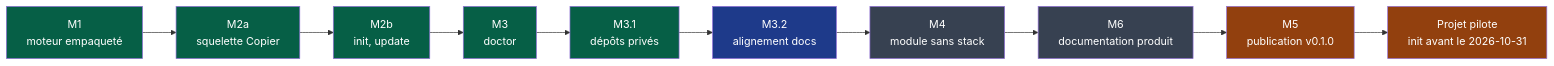
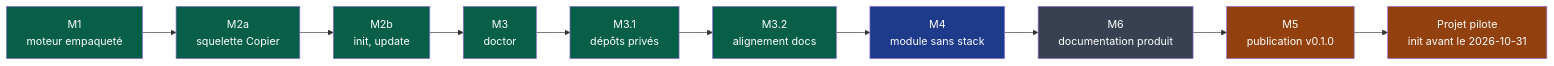
The diagram in docs/governance/plans/2026-09-15-moteur-v0.1.0.md (NapkinStack/engineering-os), drawn with Mermaid before and after one commit. The commit also changed other lines of this file and 20 other files, not shown here.

First line of the commit message:
M4 — Module sans stack imposée (#19)

````diff
--- a/docs/governance/plans/2026-09-15-moteur-v0.1.0.md
+++ b/docs/governance/plans/2026-09-15-moteur-v0.1.0.md
@@ -48,17 +48,17 @@
 ```mermaid
 flowchart LR
     M1["M1<br/>moteur empaqueté"]:::fait --> M2a["M2a<br/>squelette Copier"]:::fait
     M2a --> M2b["M2b<br/>init, update"]:::fait
     M2b --> M3["M3<br/>doctor"]:::fait
     M3 --> M31["M3.1<br/>dépôts privés"]:::fait
-    M31 --> M32["M3.2<br/>alignement docs"]:::encours
-    M32 --> M4["M4<br/>module sans stack"]:::afaire
+    M31 --> M32["M3.2<br/>alignement docs"]:::fait
+    M32 --> M4["M4<br/>module sans stack"]:::encours
     M4 --> M6["M6<br/>documentation produit"]:::afaire
     M6 --> M5["M5<br/>publication v0.1.0"]:::humain
     M5 --> PP["Projet pilote<br/>init avant le 2026-10-31"]:::humain
 
     classDef fait fill:#065f46,color:#fff
     classDef encours fill:#1e3a8a,color:#fff
     classDef afaire fill:#374151,color:#fff
     classDef humain fill:#92400e,color:#fff
 ```
````
